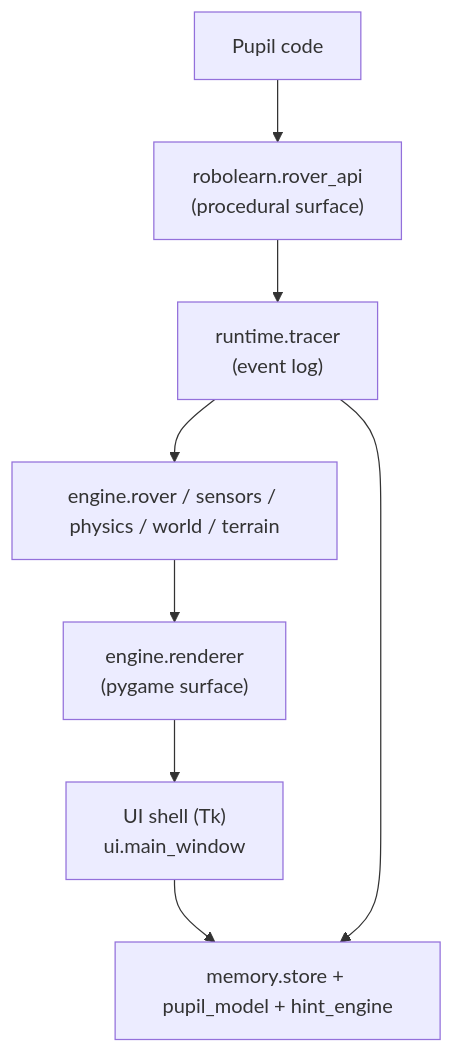
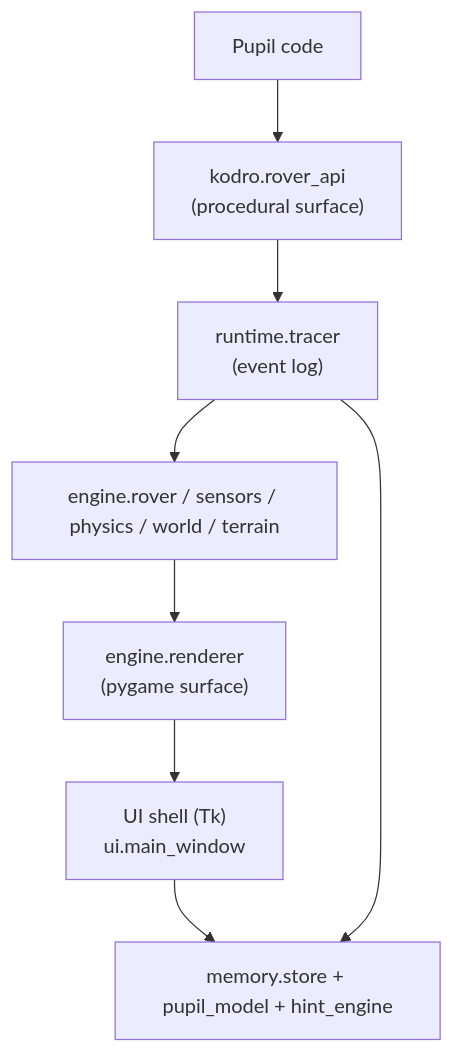
The diagram in docs/developers/architecture.md (vaibhav4046/kodro), drawn with Mermaid before and after one commit. The commit also changed 452 other files, not shown here.

````diff
--- a/docs/developers/architecture.md
+++ b/docs/developers/architecture.md
@@ -3,14 +3,14 @@
 ```mermaid
 flowchart TD
     pupil["Pupil code"]
-    api["robolearn.rover_api\n(procedural surface)"]
+    api["kodro.rover_api\n(procedural surface)"]
     tracer["runtime.tracer\n(event log)"]
     engine["engine.rover / sensors / physics / world / terrain"]
     renderer["engine.renderer\n(pygame surface)"]
     ui["UI shell (Tk)\nui.main_window"]
     memory["memory.store + pupil_model + hint_engine"]
 
     pupil --> api --> tracer --> engine --> renderer --> ui
     ui --> memory
     tracer --> memory
 ```
````
